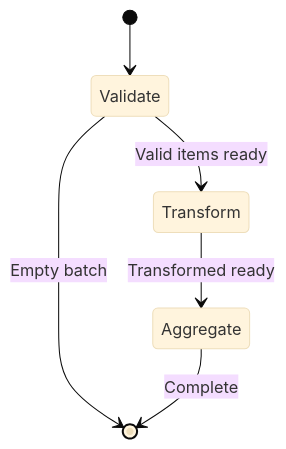
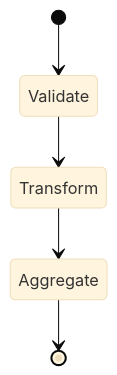
One commit to wisrovi/wpipe changed the fourth of 5 diagrams in examples/api_pipeline/12_batch_operations/README.md. Above: the diagram before and after it, drawn with Mermaid (base theme). The commit also changed other lines of this file and 20 other files, not shown here.

First line of the commit message:
Simplify Mermaid diagrams for better rendering

````diff
--- a/examples/api_pipeline/12_batch_operations/README.md
+++ b/examples/api_pipeline/12_batch_operations/README.md
@@ -63,8 +56,7 @@
 ```mermaid
 stateDiagram-v2
     [*] --> Validate
-    Validate --> Transform: Valid items ready
-    Validate --> [*]: Empty batch
-    Transform --> Aggregate: Transformed ready
-    Aggregate --> [*]: Complete
+    Validate --> Transform
+    Transform --> Aggregate
+    Aggregate --> [*]
 ```
````
